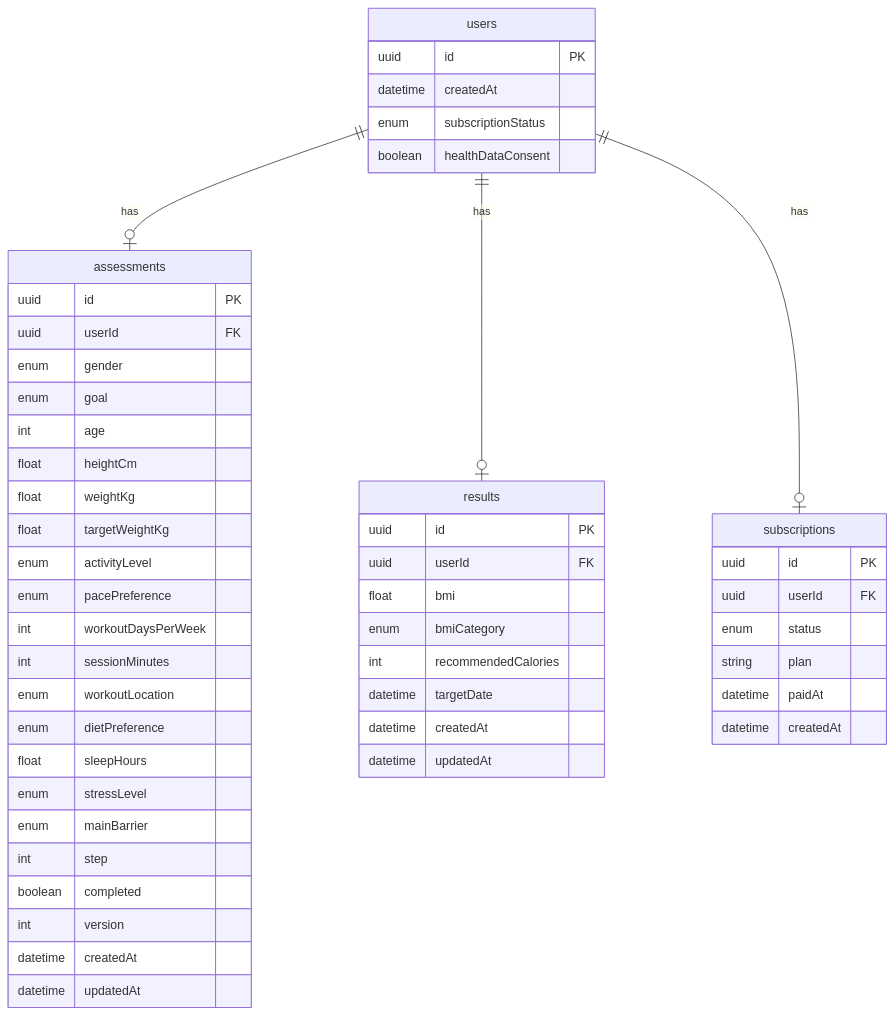
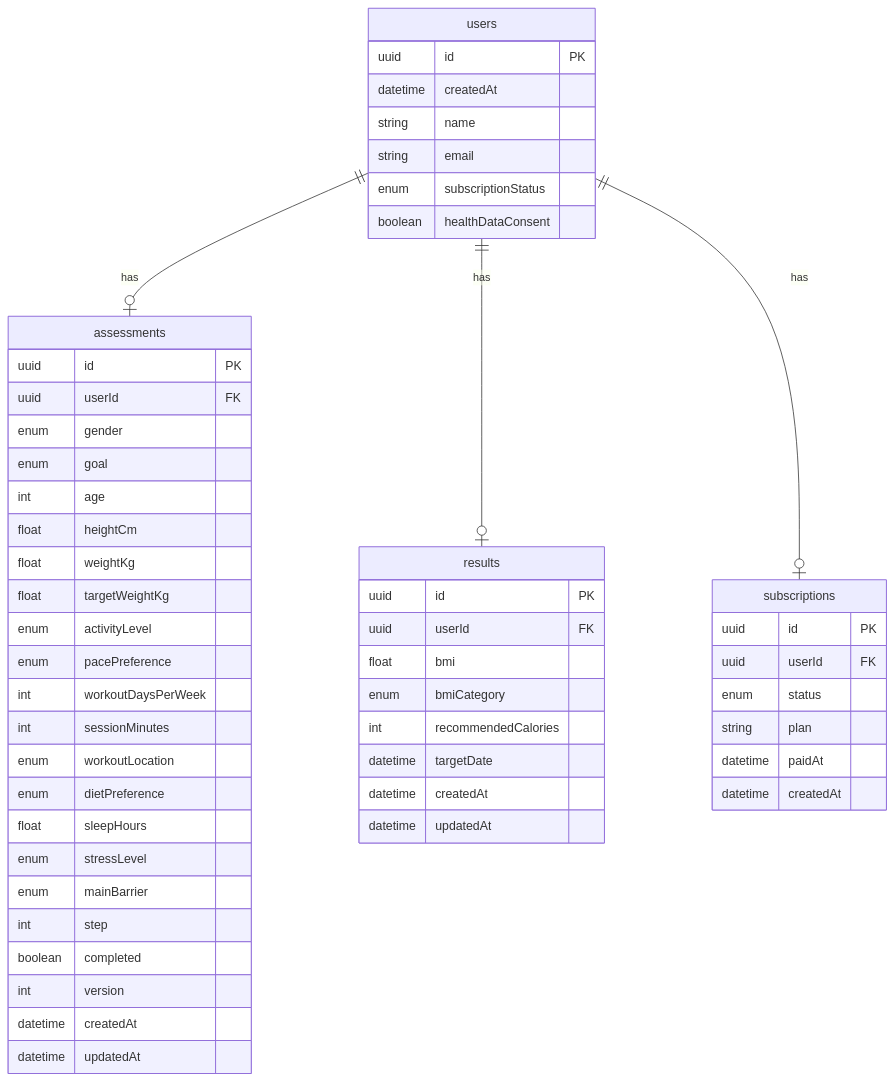
The diagram in README.md (Brandoo110/health-funnel), drawn with Mermaid before and after one commit. The commit also changed other lines of this file and 7 other files, not shown here.

````diff
--- a/README.md
+++ b/README.md
@@ -252,58 +275,60 @@
 ```mermaid
 erDiagram
   users ||--o| assessments : has
   users ||--o| results : has
   users ||--o| subscriptions : has
 
   users {
     uuid id PK
     datetime createdAt
+    string name
+    string email
     enum subscriptionStatus
     boolean healthDataConsent
   }
 
   assessments {
     uuid id PK
     uuid userId FK
     enum gender
     enum goal
     int age
     float heightCm
     float weightKg
     float targetWeightKg
     enum activityLevel
     enum pacePreference
     int workoutDaysPerWeek
     int sessionMinutes
     enum workoutLocation
     enum dietPreference
     float sleepHours
     enum stressLevel
     enum mainBarrier
     int step
     boolean completed
     int version
     datetime createdAt
     datetime updatedAt
   }
 
   results {
     uuid id PK
     uuid userId FK
     float bmi
     enum bmiCategory
     int recommendedCalories
     datetime targetDate
     datetime createdAt
     datetime updatedAt
   }
 
   subscriptions {
     uuid id PK
     uuid userId FK
     enum status
     string plan
     datetime paidAt
     datetime createdAt
   }
 ```
````
